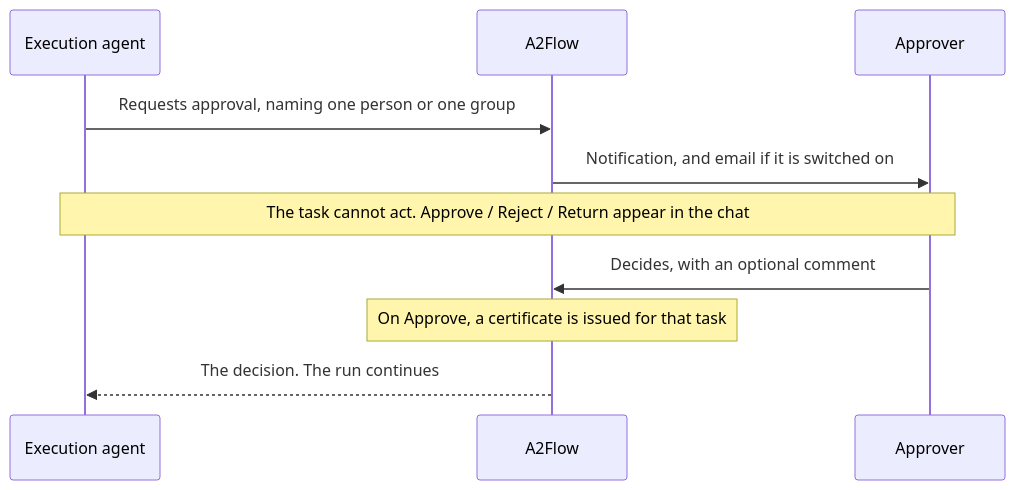
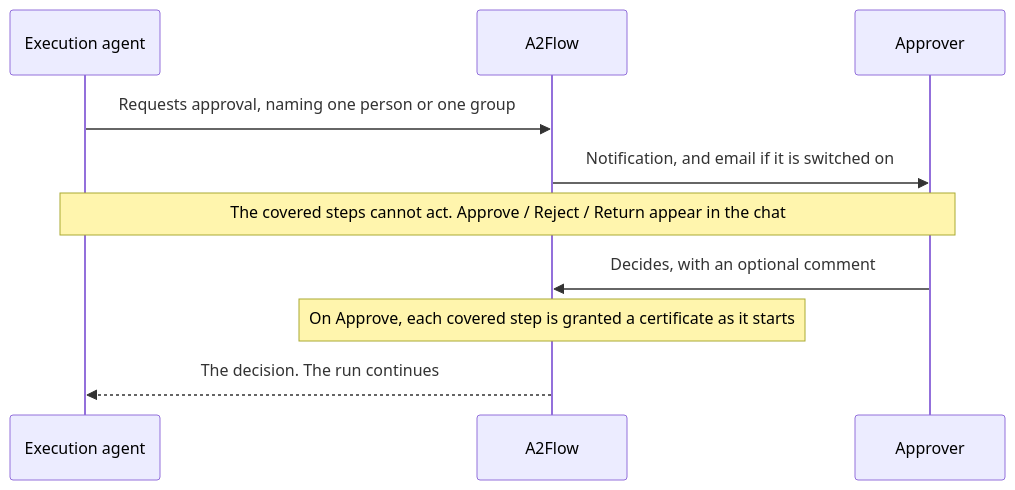
Before and after one commit to kaitoy/a2flow: the first of 2 diagrams in website/docs/architecture/approvals.md, drawn with Mermaid. The commit also changed other lines of this file and 37 other files, not shown here.

````diff
--- a/website/docs/architecture/approvals.md
+++ b/website/docs/architecture/approvals.md
@@ -10,12 +10,12 @@
 ```mermaid
 sequenceDiagram
   participant A as Execution agent
   participant F as A2Flow
   participant P as Approver
   A->>F: Requests approval, naming one person or one group
   F->>P: Notification, and email if it is switched on
-  Note over A,P: The task cannot act. Approve / Reject / Return appear in the chat
+  Note over A,P: The covered steps cannot act. Approve / Reject / Return appear in the chat
   P->>F: Decides, with an optional comment
-  Note over F: On Approve, a certificate is issued for that task
+  Note over F: On Approve, each covered step is granted a certificate as it starts
   F-->>A: The decision. The run continues
 ```
````
